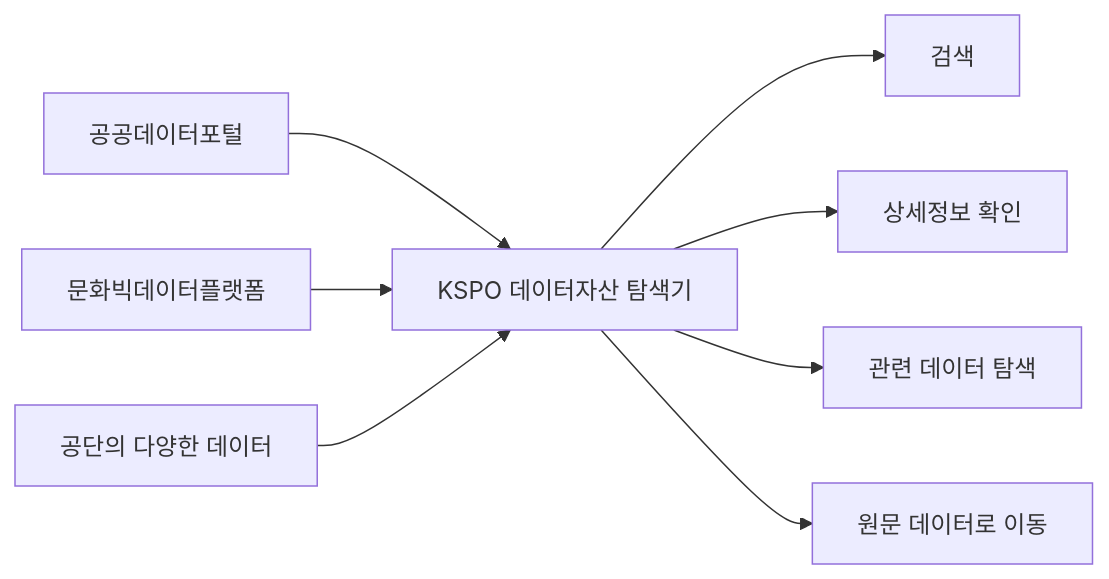
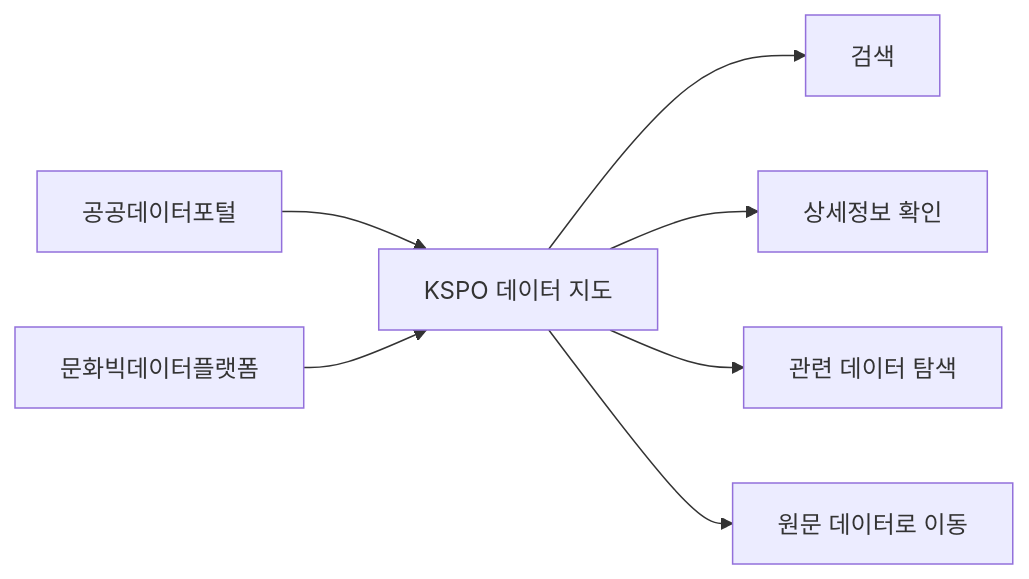
One commit to pinkshark1/kspo_data_explorer changed the first of 5 diagrams in README.md. Above: the diagram before and after it, drawn with Mermaid. The commit also changed other lines of this file and 43 other files, not shown here.

````diff
--- a/README.md
+++ b/README.md
@@ -38,10 +39,9 @@
 ```mermaid
 flowchart LR
-    A[공공데이터포털] --> D[KSPO 데이터자산 탐색기]
+    A[공공데이터포털] --> D[KSPO 데이터 지도]
     B[문화빅데이터플랫폼] --> D
-    C[공단의 다양한 데이터] --> D
     D --> E[검색]
     D --> F[상세정보 확인]
     D --> G[관련 데이터 탐색]
     D --> H[원문 데이터로 이동]
 ```
````
